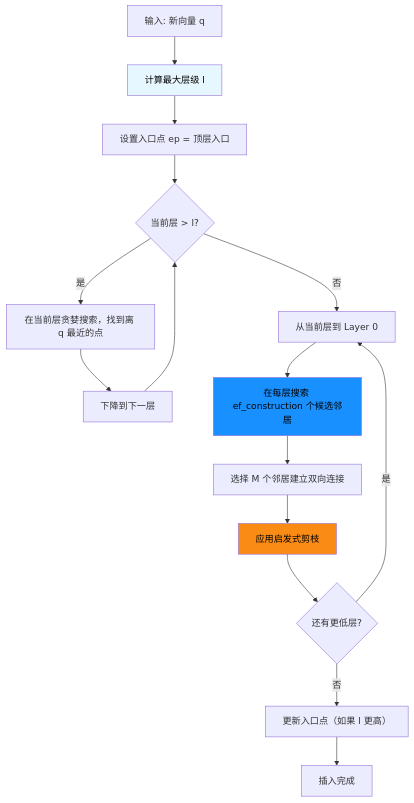
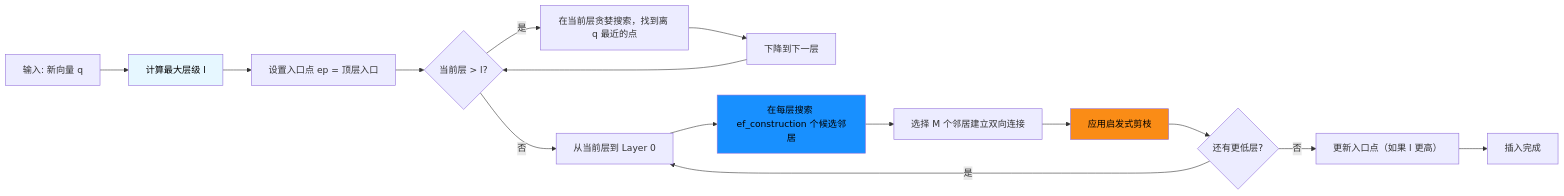
Before and after one commit to ThreeFish-AI/agentic-ai-cognizes: the tenth of 38 diagrams in docs/research/003-vector-search-algorithm.md, drawn with Mermaid. The commit also changed other lines of this file, not shown here.

````diff
--- a/docs/research/003-vector-search-algorithm.md
+++ b/docs/research/003-vector-search-algorithm.md
@@ -712,23 +718,23 @@
 ```mermaid
-flowchart TD
+flowchart LR
     A[输入: 新向量 q] --> B[计算最大层级 l]
     B --> C[设置入口点 ep = 顶层入口]
 
     C --> D{当前层 > l?}
     D --> |是| E[在当前层贪婪搜索，找到离 q 最近的点]
     E --> F[下降到下一层]
     F --> D
 
     D --> |否| G[从当前层到 Layer 0]
     G --> H[在每层搜索 ef_construction 个候选邻居]
     H --> I[选择 M 个邻居建立双向连接]
     I --> J[应用启发式剪枝]
     J --> K{还有更低层?}
     K --> |是| G
     K --> |否| L[更新入口点（如果 l 更高）]
     L --> M[插入完成]
 
     style B fill:#e6f7ff,color:#000000
     style H fill:#1890ff,color:#000000
     style J fill:#fa8c16,color:#000000
 ```
````
